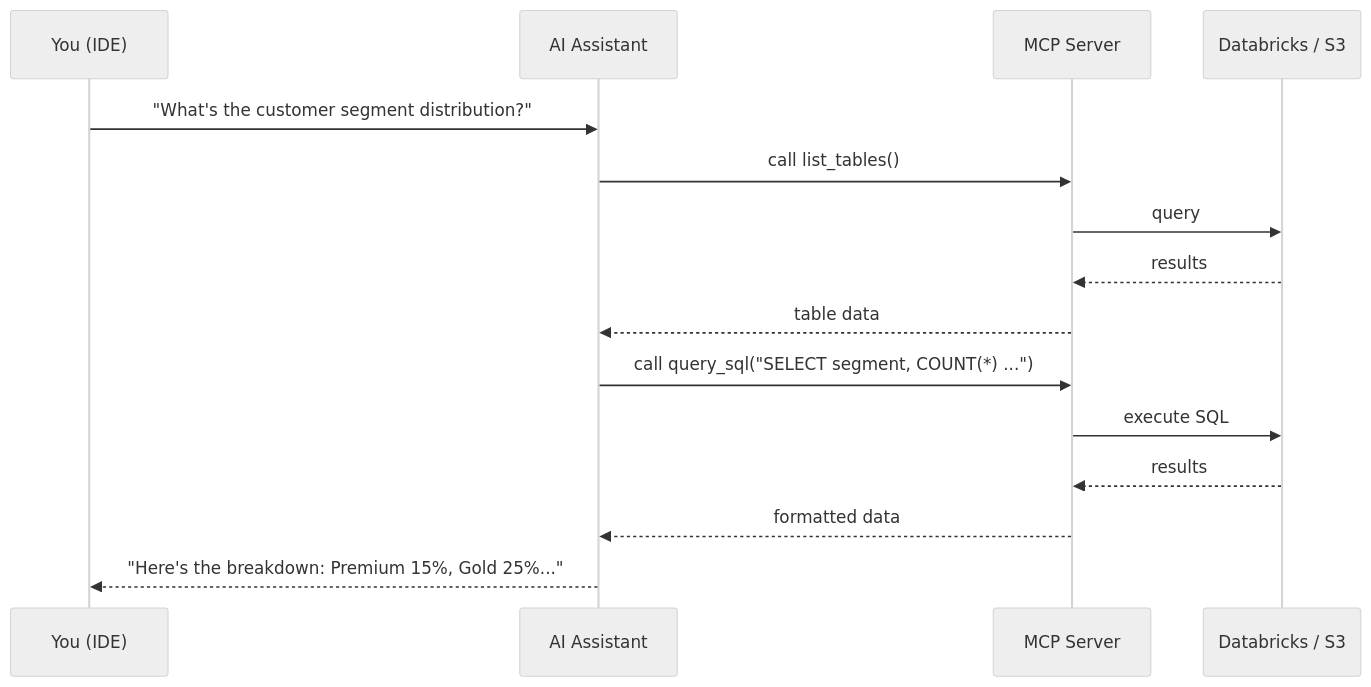
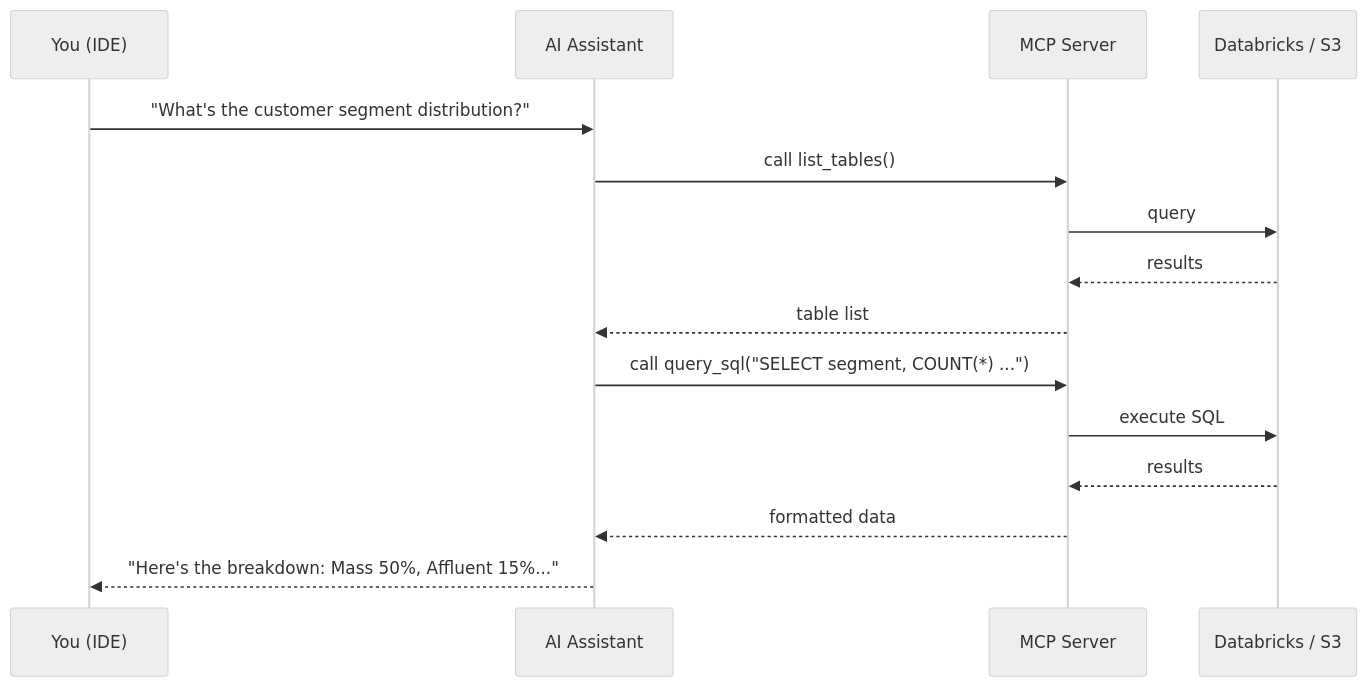
One commit to huynguyen305/Spark-ling changed the diagram in docs/MCP_GUIDE.md. Above: the diagram before and after it, drawn with Mermaid (neutral theme). The commit also changed other lines of this file and 5 other files, not shown here.

````diff
--- a/docs/MCP_GUIDE.md
+++ b/docs/MCP_GUIDE.md
@@ -11,18 +11,18 @@
 ```mermaid
 sequenceDiagram
     participant You as You (IDE)
     participant AI as AI Assistant
     participant MCP as MCP Server
     participant Data as Databricks / S3
 
     You->>AI: "What's the customer segment distribution?"
     AI->>MCP: call list_tables()
     MCP->>Data: query
     Data-->>MCP: results
-    MCP-->>AI: table data
+    MCP-->>AI: table list
     AI->>MCP: call query_sql("SELECT segment, COUNT(*) ...")
     MCP->>Data: execute SQL
     Data-->>MCP: results
     MCP-->>AI: formatted data
-    AI-->>You: "Here's the breakdown: Premium 15%, Gold 25%..."
+    AI-->>You: "Here's the breakdown: Mass 50%, Affluent 15%..."
 ```
````
